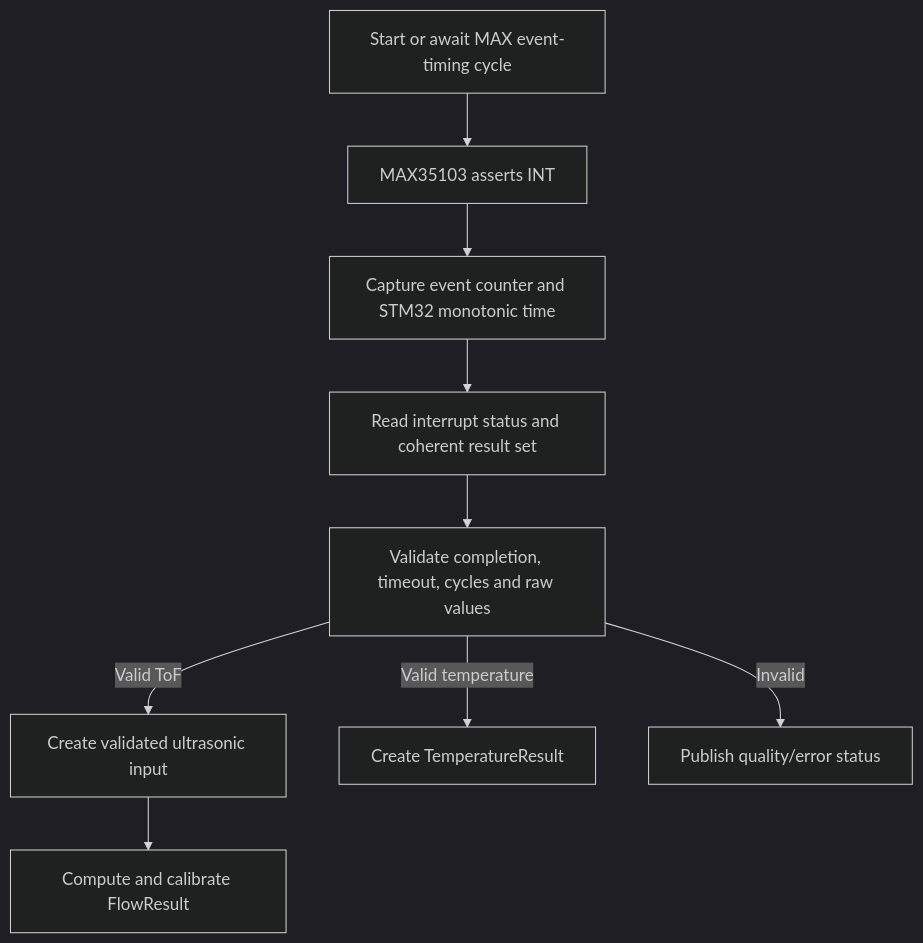
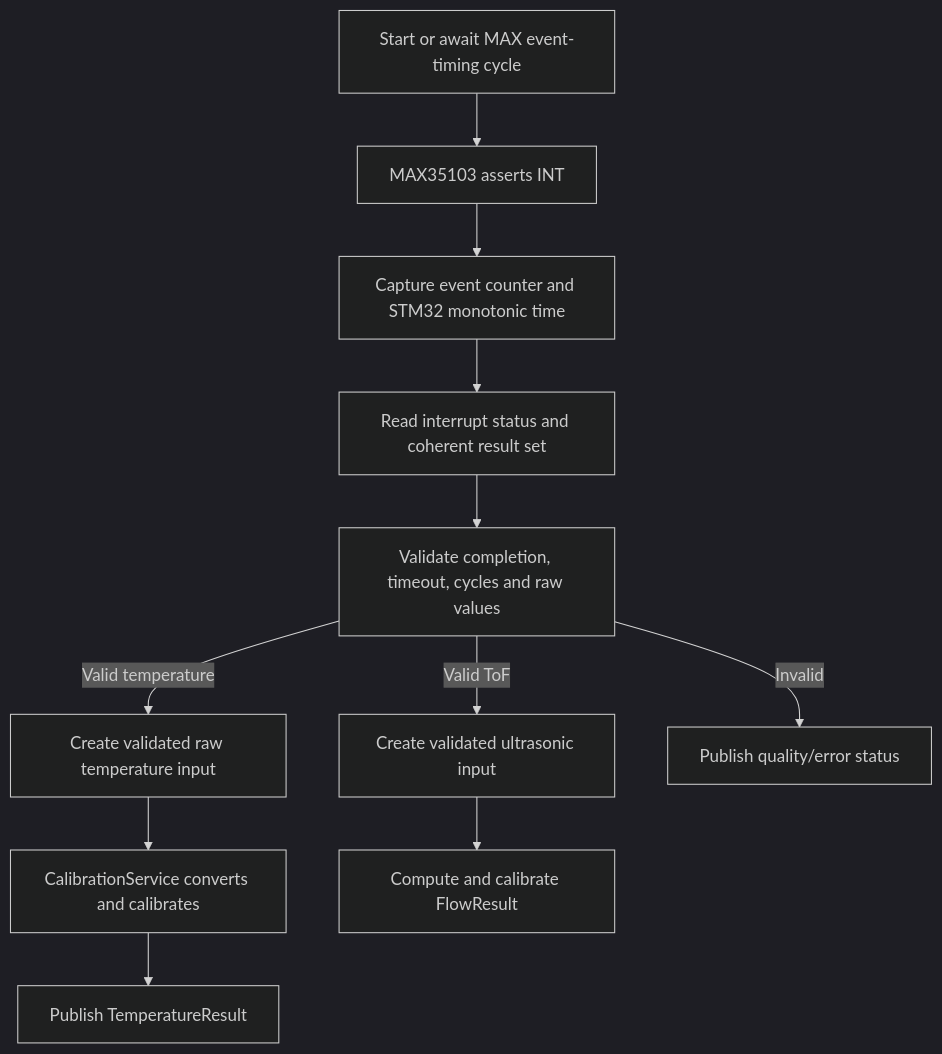
The sixth of 23 diagrams in 1.docs/00_overview/04_main_operation_flow.md (whoisLePhuc/smart-water-flow-pressure-monitor), drawn with Mermaid (dark theme) before and after one commit. The commit also changed other lines of this file and 4 other files, not shown here.

````diff
--- a/1.docs/00_overview/04_main_operation_flow.md
+++ b/1.docs/00_overview/04_main_operation_flow.md
@@ -416,11 +416,13 @@
 ```mermaid
 flowchart TD
     START["Start or await MAX event-timing cycle"] --> INT["MAX35103 asserts INT"]
     INT --> CAPTURE["Capture event counter and STM32 monotonic time"]
     CAPTURE --> STATUS["Read interrupt status and coherent result set"]
     STATUS --> VALIDATE["Validate completion, timeout, cycles and raw values"]
     VALIDATE -->|"Valid ToF"| FLOW["Create validated ultrasonic input"]
-    VALIDATE -->|"Valid temperature"| TEMP["Create TemperatureResult"]
+    VALIDATE -->|"Valid temperature"| TEMP["Create validated raw temperature input"]
+    TEMP --> TCAL["CalibrationService converts and calibrates"]
+    TCAL --> TRESULT["Publish TemperatureResult"]
     VALIDATE -->|"Invalid"| ERROR["Publish quality/error status"]
     FLOW --> COMPUTE["Compute and calibrate FlowResult"]
 ```
````
